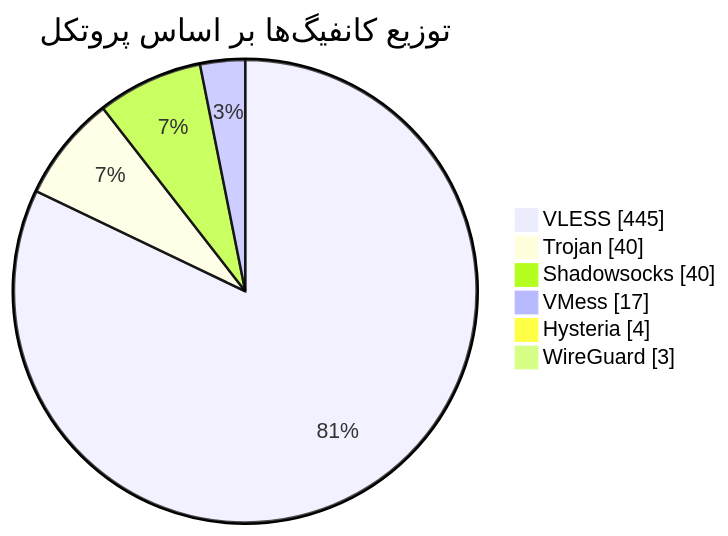
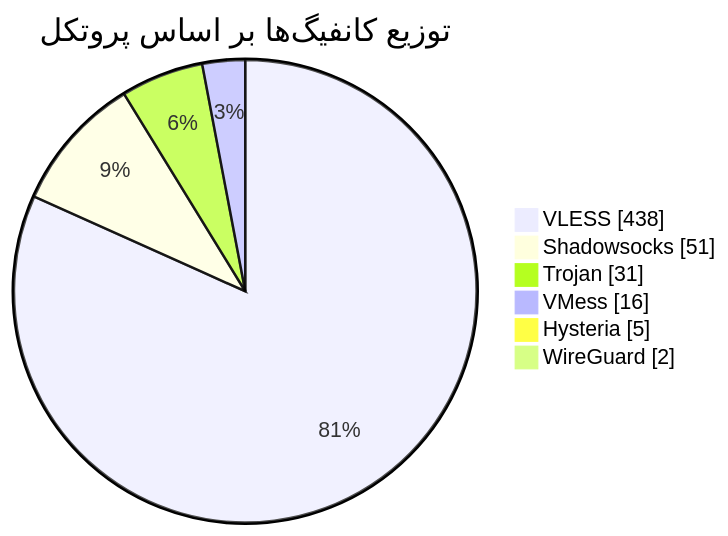
One commit to Arian-Alijani/Somthing changed the diagram in README.md. Above: the diagram before and after it, drawn with Mermaid. The commit also changed other lines of this file and 73 other files, not shown here.

````diff
--- a/README.md
+++ b/README.md
@@ -48,10 +48,10 @@
 ```mermaid
 pie showData
     title توزیع کانفیگ‌ها بر اساس پروتکل
-    "VLESS" : 445
-    "Trojan" : 40
-    "Shadowsocks" : 40
-    "VMess" : 17
-    "Hysteria" : 4
-    "WireGuard" : 3
+    "VLESS" : 438
+    "Shadowsocks" : 51
+    "Trojan" : 31
+    "VMess" : 16
+    "Hysteria" : 5
+    "WireGuard" : 2
 ```
````
